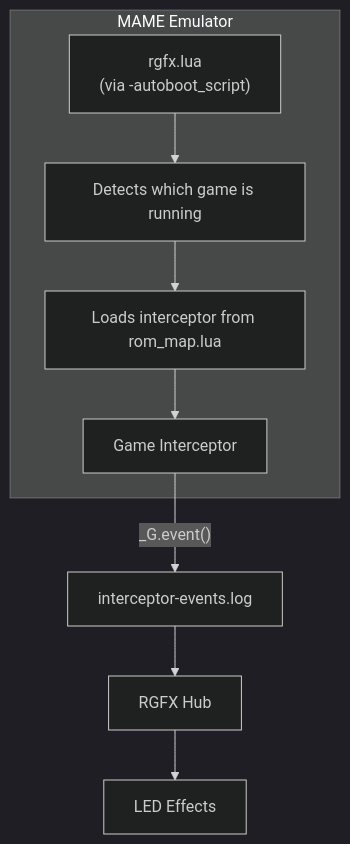
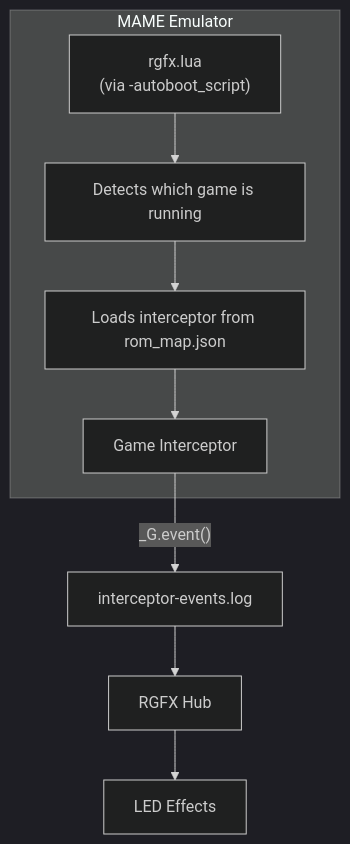
The diagram in public-docs/docs/interceptors/index.md (mfurniss/rgfx), drawn with Mermaid (dark theme) before and after one commit. The commit also changed other lines of this file and 43 other files, not shown here.

First line of the commit message:
Replace rom_map.lua with rom_map.json and misc cleanup (#21)

````diff
--- a/public-docs/docs/interceptors/index.md
+++ b/public-docs/docs/interceptors/index.md
@@ -21,15 +21,15 @@
 ```mermaid
 flowchart TB
     subgraph MAME["MAME Emulator"]
         rgfx["rgfx.lua<br/>(via -autoboot_script)"]
         detect["Detects which game is running"]
-        load["Loads interceptor from rom_map.lua"]
+        load["Loads interceptor from rom_map.json"]
         intercept["Game Interceptor"]
 
         rgfx --> detect --> load --> intercept
     end
 
     intercept --> |"_G.event()"| logfile["interceptor-events.log"]
     logfile --> hub["RGFX Hub"]
     hub --> led["LED Effects"]
 ```
````
